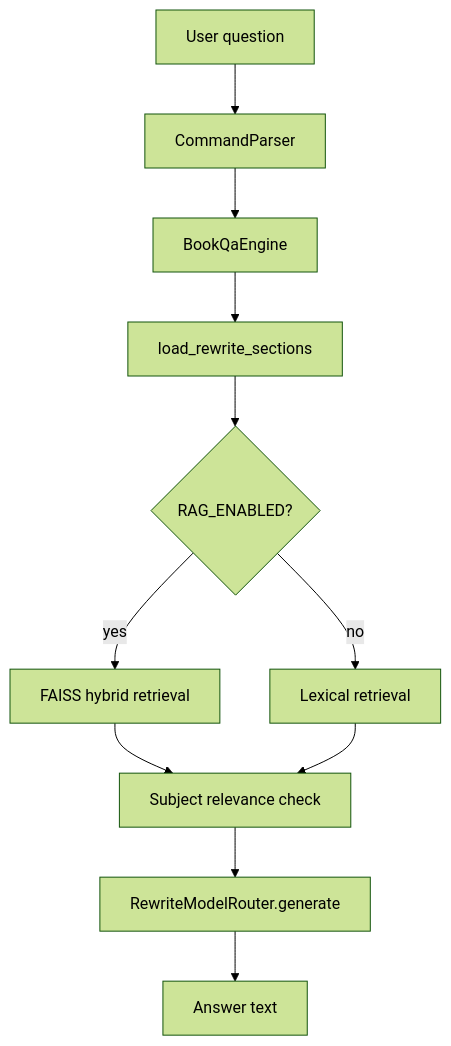
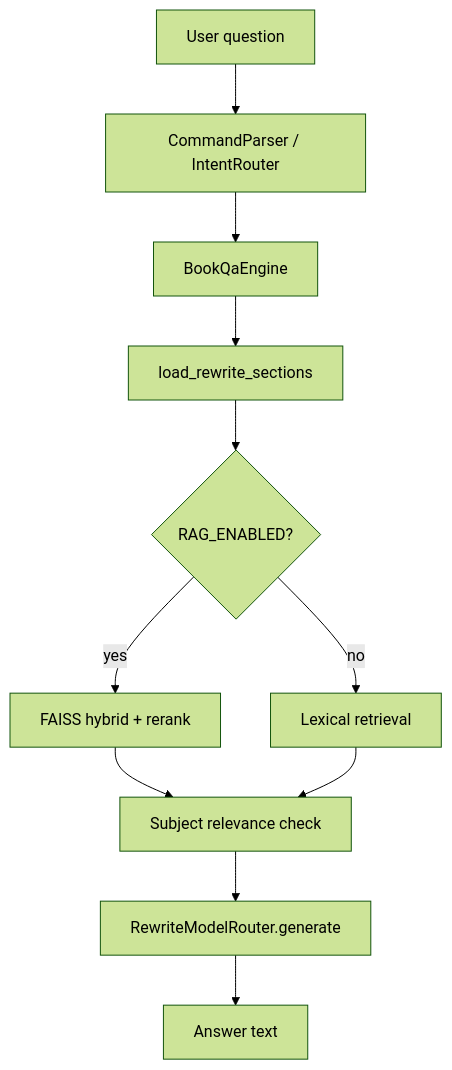
One commit to Wasim-Shaikh25/AI-Book-Summerizing-Tool changed the second of 2 diagrams in specs/modules/llm-generation.md. Above: the diagram before and after it, drawn with Mermaid (forest theme). The commit also changed other lines of this file and 273 other files, not shown here.

````diff
--- a/specs/modules/llm-generation.md
+++ b/specs/modules/llm-generation.md
@@ -63,12 +95,12 @@
 ```mermaid
 flowchart TD
-    Q[User question] --> PARSER[CommandParser]
+    Q[User question] --> PARSER[CommandParser / IntentRouter]
     PARSER --> QA[BookQaEngine]
     QA --> SECTIONS[load_rewrite_sections]
     SECTIONS --> RAG{RAG_ENABLED?}
-    RAG -->|yes| HYBRID[FAISS hybrid retrieval]
+    RAG -->|yes| HYBRID[FAISS hybrid + rerank]
     RAG -->|no| LEX[Lexical retrieval]
     HYBRID & LEX --> GUARD[Subject relevance check]
     GUARD --> LLM[RewriteModelRouter.generate]
     LLM --> ANSWER[Answer text]
 ```
````
